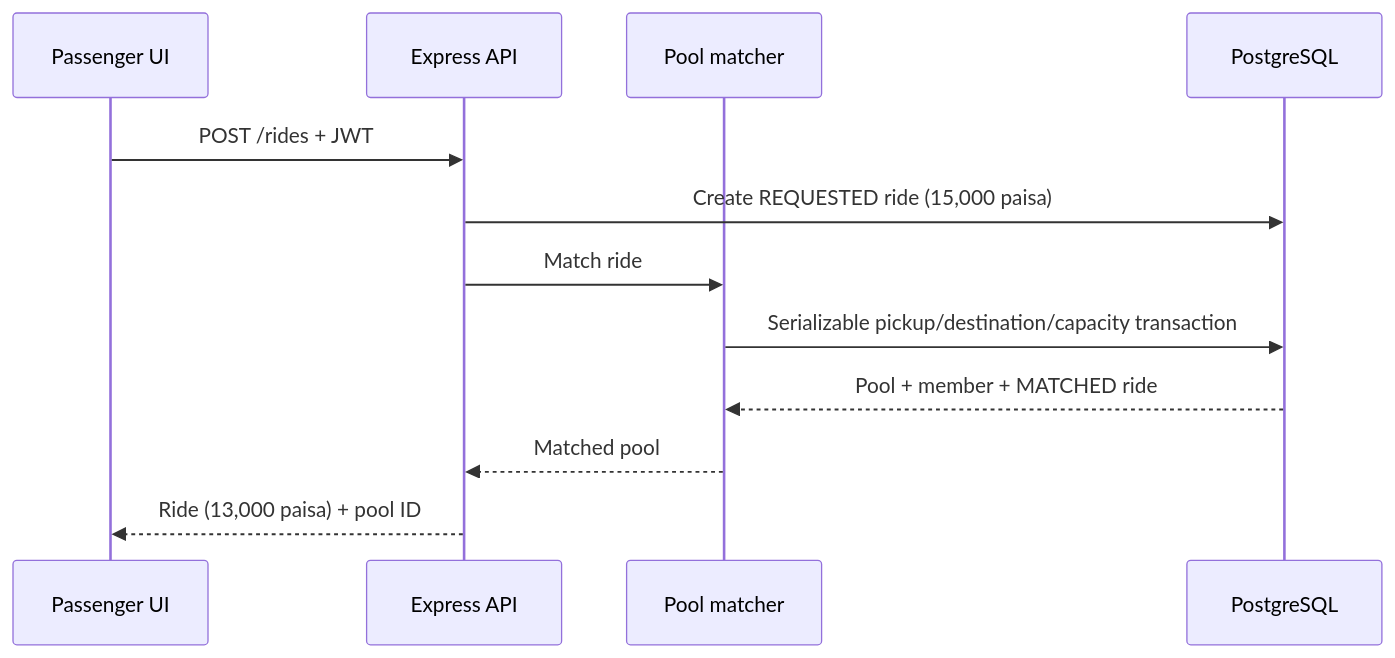
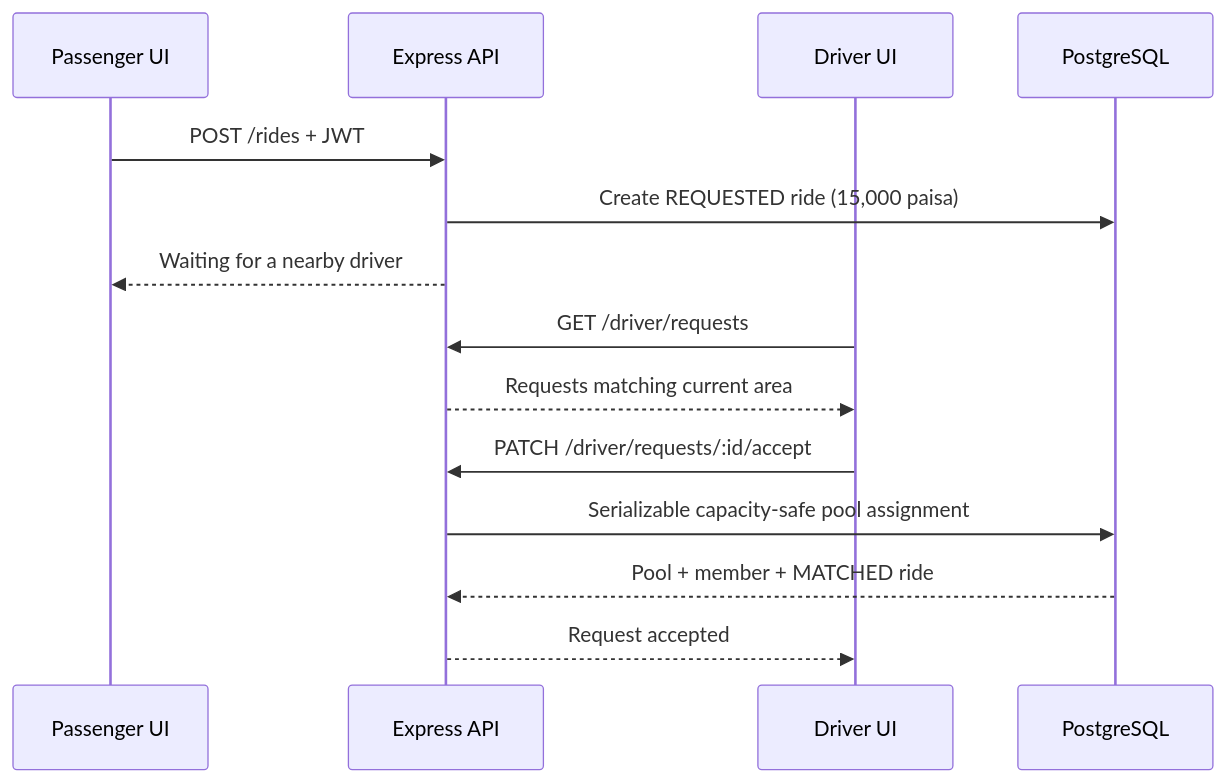
One commit to 17324Mahir/dhaka-tesla-pool changed the second of 4 diagrams in docs/architecture.md. Above: the diagram before and after it, drawn with Mermaid. The commit also changed other lines of this file and 12 other files, not shown here.

````diff
--- a/docs/architecture.md
+++ b/docs/architecture.md
@@ -45,15 +45,17 @@
 ```mermaid
 sequenceDiagram
     participant P as Passenger UI
     participant A as Express API
-    participant M as Pool matcher
+    participant D as Driver UI
     participant DB as PostgreSQL
 
     P->>A: POST /rides + JWT
     A->>DB: Create REQUESTED ride (15,000 paisa)
-    A->>M: Match ride
-    M->>DB: Serializable pickup/destination/capacity transaction
-    DB-->>M: Pool + member + MATCHED ride
-    M-->>A: Matched pool
-    A-->>P: Ride (13,000 paisa) + pool ID
+    A-->>P: Waiting for a nearby driver
+    D->>A: GET /driver/requests
+    A-->>D: Requests matching current area
+    D->>A: PATCH /driver/requests/:id/accept
+    A->>DB: Serializable capacity-safe pool assignment
+    DB-->>A: Pool + member + MATCHED ride
+    A-->>D: Request accepted
 ```
````
